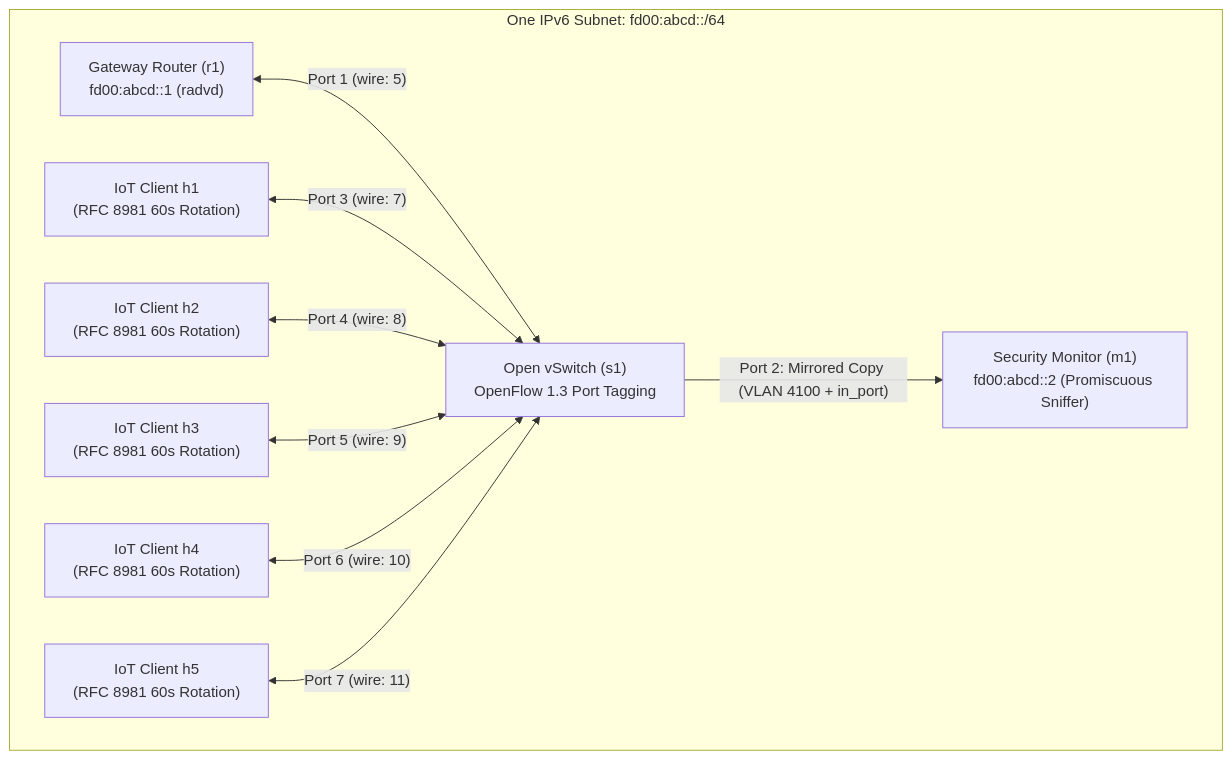
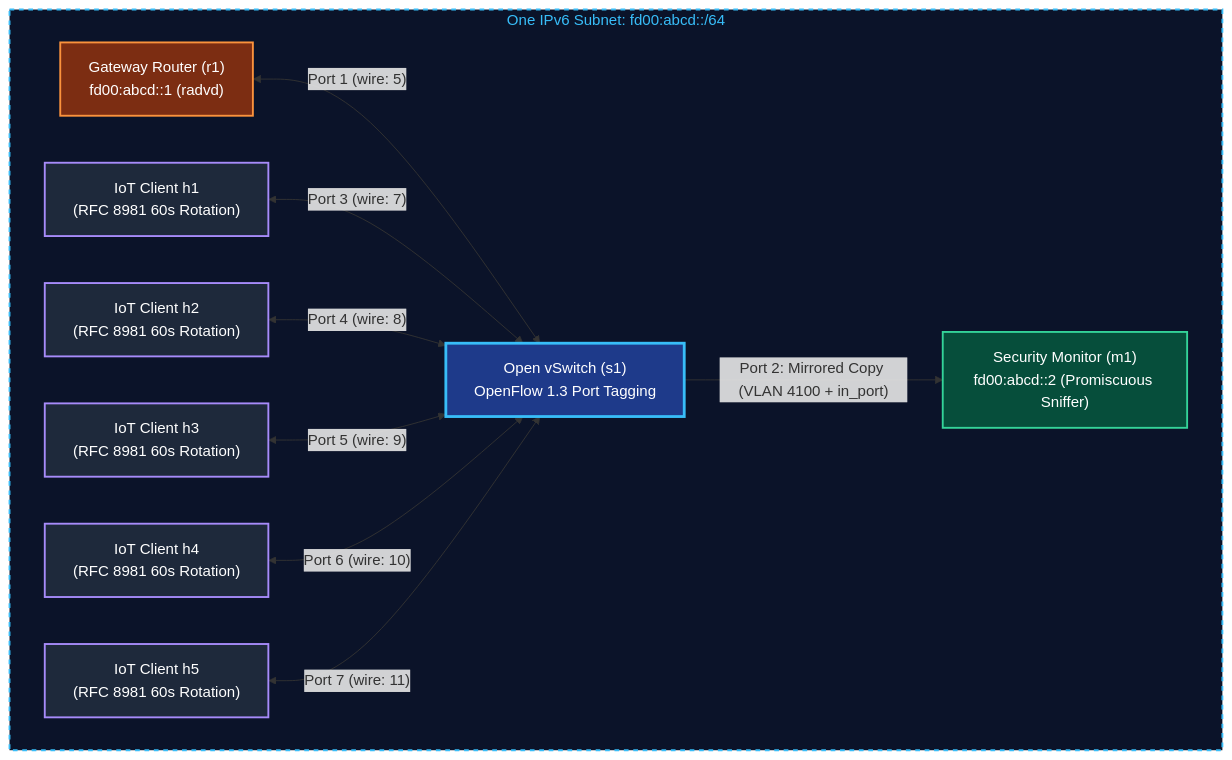
Before and after one commit to NishantMajumdar/A3-PS007-TC042: the second of 4 diagrams in src/README.md, drawn with Mermaid. The commit also changed other lines of this file, not shown here.

Commit message:
tryout better diagrams

````diff
--- a/src/README.md
+++ b/src/README.md
@@ -266,22 +282,34 @@
 ```mermaid
 flowchart TD
     subgraph LAN ["One IPv6 Subnet: fd00:abcd::/64"]
         R1["Gateway Router (r1)<br>fd00:abcd::1 (radvd)"]
         S1["Open vSwitch (s1)<br>OpenFlow 1.3 Port Tagging"]
         M1["Security Monitor (m1)<br>fd00:abcd::2 (Promiscuous Sniffer)"]
         
         H1["IoT Client h1<br>(RFC 8981 60s Rotation)"]
         H2["IoT Client h2<br>(RFC 8981 60s Rotation)"]
         H3["IoT Client h3<br>(RFC 8981 60s Rotation)"]
         H4["IoT Client h4<br>(RFC 8981 60s Rotation)"]
         H5["IoT Client h5<br>(RFC 8981 60s Rotation)"]
     end
 
     R1 <-->|"Port 1 (wire: 5)"| S1
     S1 -->|"Port 2: Mirrored Copy (VLAN 4100 + in_port)"| M1
     H1 <-->|"Port 3 (wire: 7)"| S1
     H2 <-->|"Port 4 (wire: 8)"| S1
     H3 <-->|"Port 5 (wire: 9)"| S1
     H4 <-->|"Port 6 (wire: 10)"| S1
     H5 <-->|"Port 7 (wire: 11)"| S1
+
+    style LAN fill:#0b1329,stroke:#38bdf8,stroke-width:2px,stroke-dasharray: 5 5,color:#38bdf8
+
+    classDef router fill:#7c2d12,stroke:#fb923c,stroke-width:2px,color:#ffffff;
+    classDef switch fill:#1e3a8a,stroke:#38bdf8,stroke-width:3px,color:#ffffff;
+    classDef monitor fill:#064e3b,stroke:#34d399,stroke-width:2px,color:#ffffff;
+    classDef client fill:#1e293b,stroke:#a78bfa,stroke-width:2px,color:#ffffff;
+
+    class R1 router;
+    class S1 switch;
+    class M1 monitor;
+    class H1,H2,H3,H4,H5 client;
 ```
````
